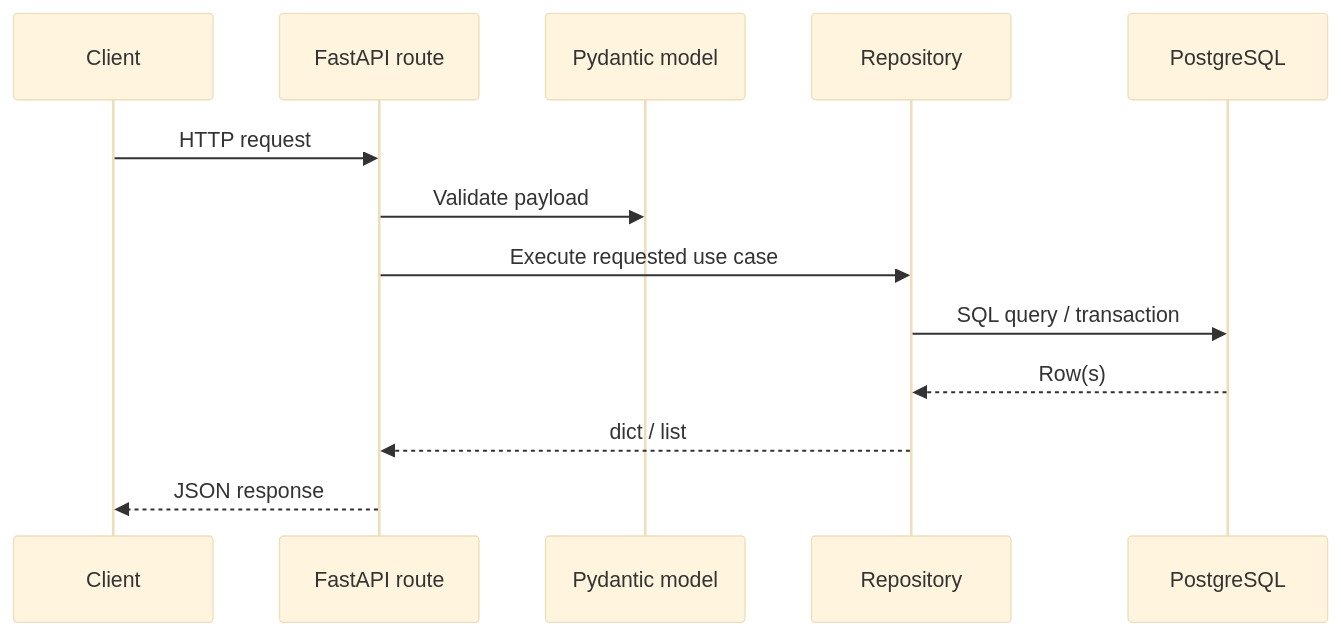
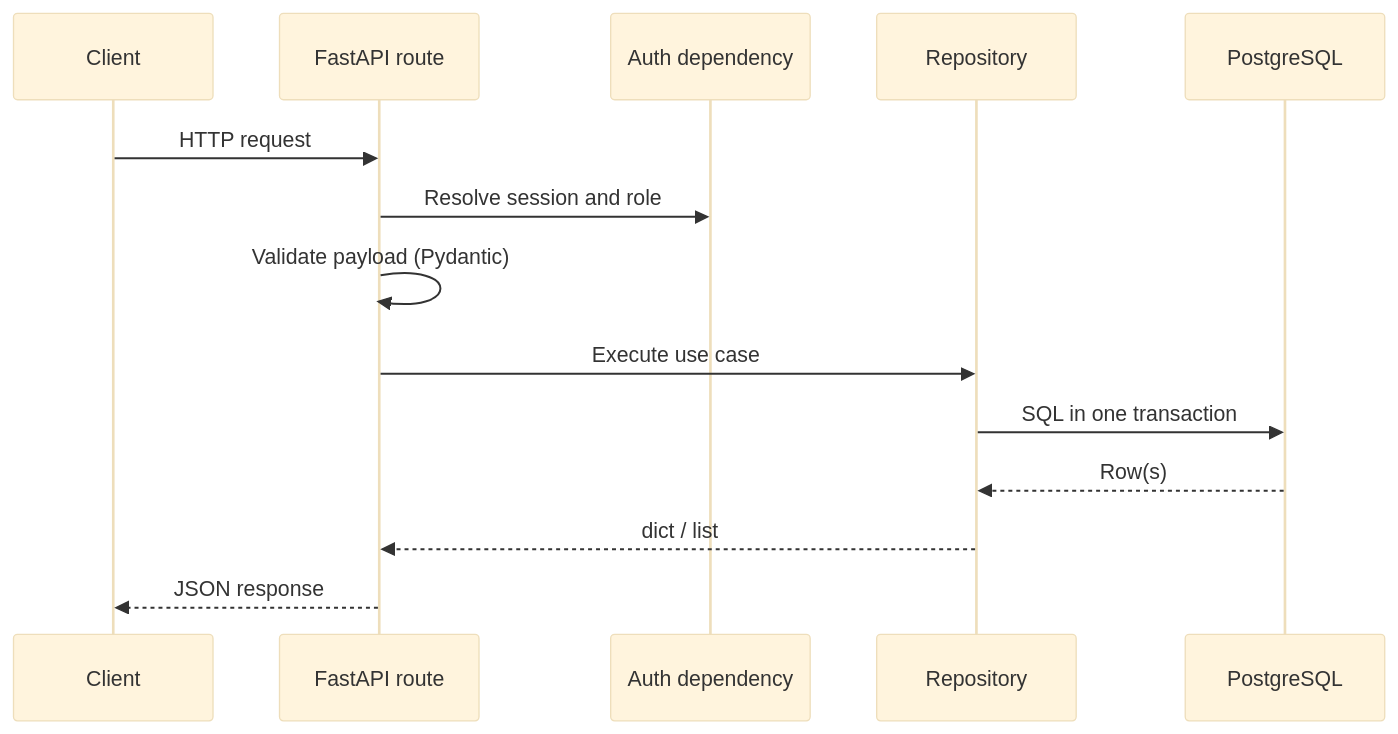
Before and after one commit to bruno-diaz-dev/flagtastic-league: the second of 3 diagrams in docs/architecture.md, drawn with Mermaid (base theme). The commit also changed other lines of this file and 6 other files, not shown here.

````diff
--- a/docs/architecture.md
+++ b/docs/architecture.md
@@ -172,16 +114,17 @@
 ```mermaid
 sequenceDiagram
     participant C as Client
     participant R as FastAPI route
-    participant M as Pydantic model
+    participant D as Auth dependency
     participant Repo as Repository
     participant DB as PostgreSQL
 
     C->>R: HTTP request
-    R->>M: Validate payload
-    R->>Repo: Execute requested use case
-    Repo->>DB: SQL query / transaction
+    R->>D: Resolve session and role
+    R->>R: Validate payload (Pydantic)
+    R->>Repo: Execute use case
+    Repo->>DB: SQL in one transaction
     DB-->>Repo: Row(s)
     Repo-->>R: dict / list
     R-->>C: JSON response
 ```
````
